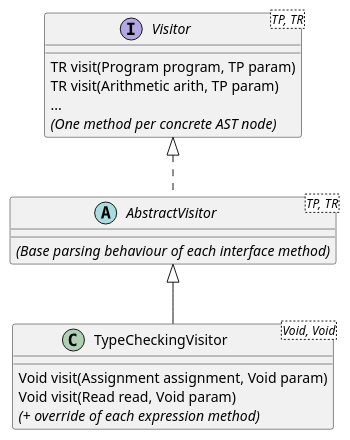
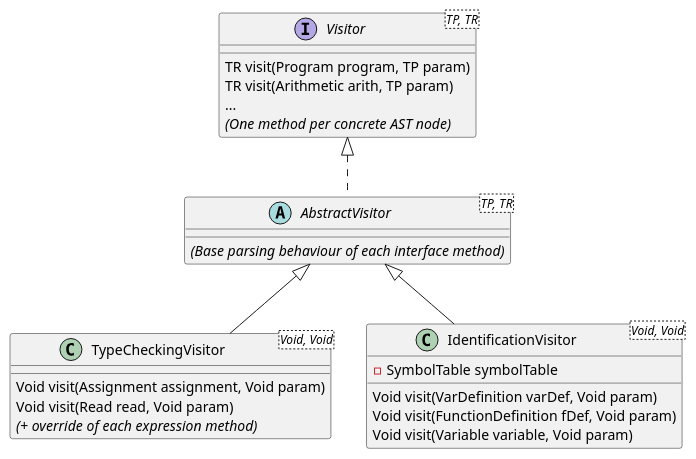
Before and after one commit to InigoGutierrez/CmmCompiler: the diagram in diagrams/visitors.pu, drawn with PlantUML. The commit also changed 15 other files, not shown here.

Commit message:
Implemented IdentificationVisitor.

```diff
--- a/diagrams/visitors.pu
+++ b/diagrams/visitors.pu
@@ -1,28 +1,37 @@
 @startuml
 
 interface Visitor<TP, TR>
 abstract AbstractVisitor<TP, TR>
 class TypeCheckingVisitor<Void, Void>
+class IdentificationVisitor<Void, Void>
 
 interface Visitor {
     TR visit(Program program, TP param)
     TR visit(Arithmetic arith, TP param)
     {method} ...
     {abstract} (One method per concrete AST node)
 }
 
 abstract AbstractVisitor {
     {abstract} (Base parsing behaviour of each interface method)
 }
 
 class TypeCheckingVisitor {
     Void visit(Assignment assignment, Void param)
     Void visit(Read read, Void param)
     {abstract} (+ override of each expression method)
 }
 
+class IdentificationVisitor {
+    - SymbolTable symbolTable
+    Void visit(VarDefinition varDef, Void param)
+    Void visit(FunctionDefinition fDef, Void param)
+    Void visit(Variable variable, Void param)
+}
+
 Visitor <|.. AbstractVisitor
 
 AbstractVisitor <|-- TypeCheckingVisitor
+AbstractVisitor <|-- IdentificationVisitor
 
 @enduml
```
